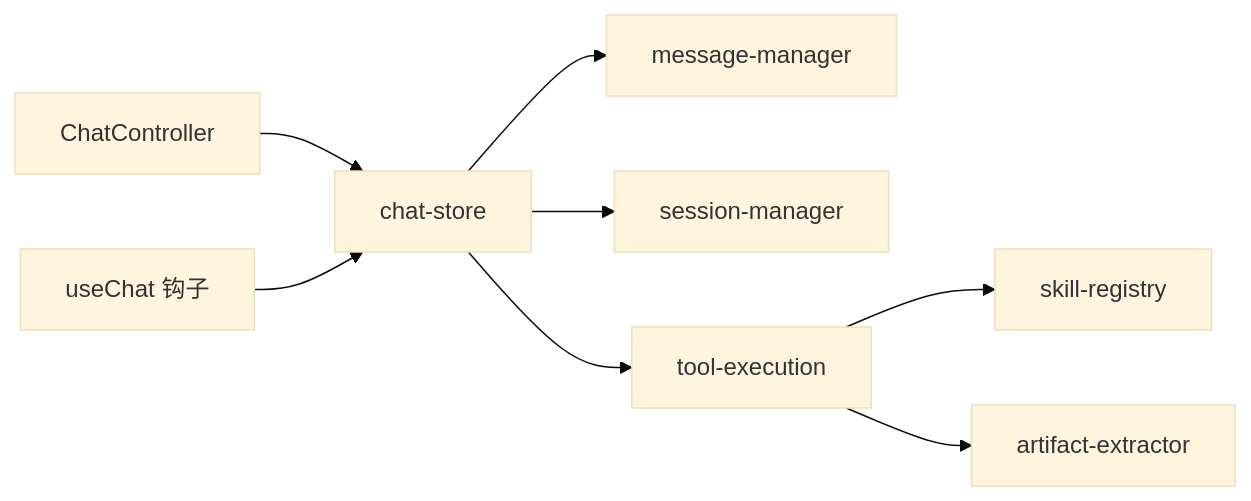
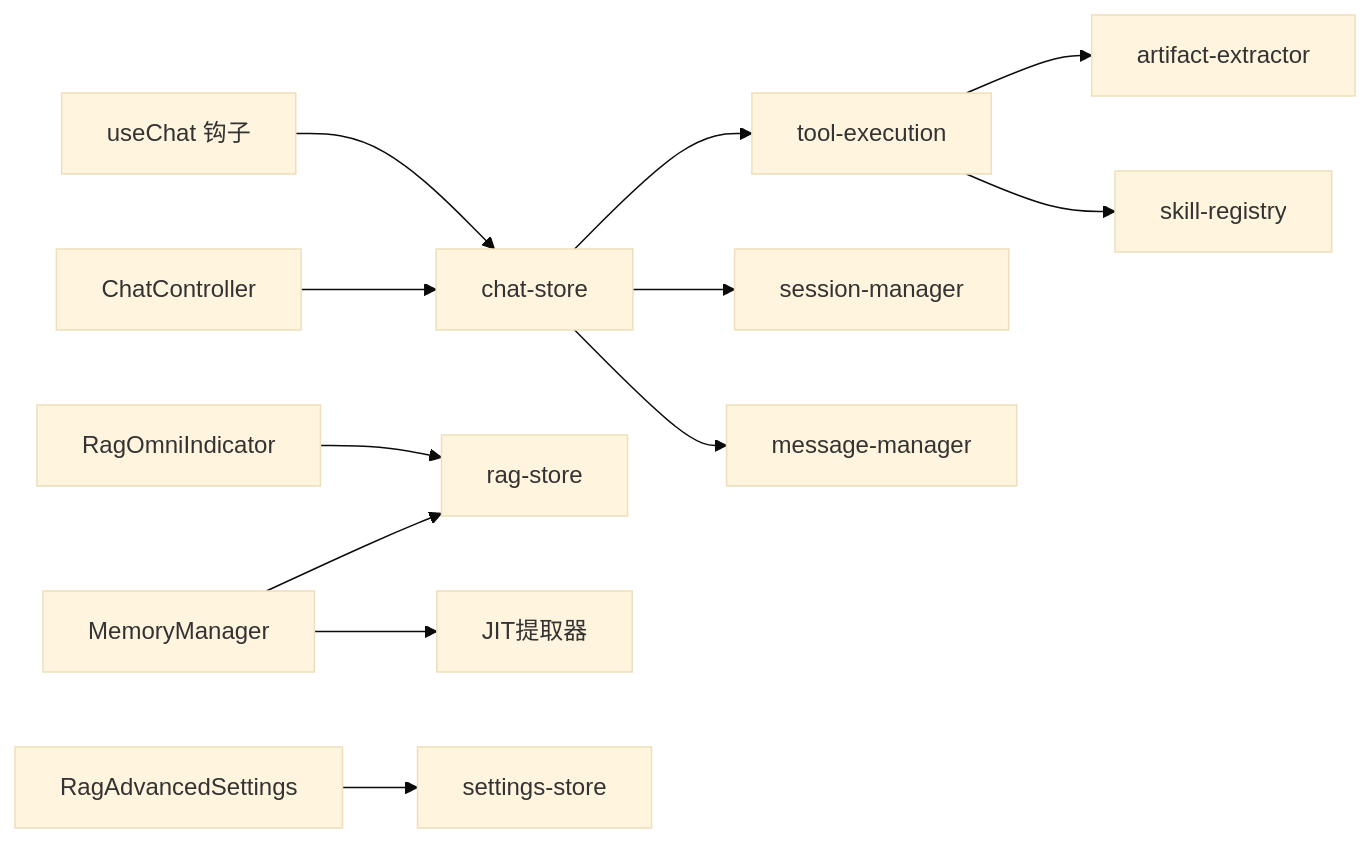
One commit to NarcisWL/Nexara changed diagram 11 of 11 in .qoder/repowiki/zh/content/聊天系统详解/聊天系统详解.md. Above: the diagram before and after it, drawn with Mermaid (base theme). The commit also changed other lines of this file and 6 other files, not shown here.

````diff
--- a/.qoder/repowiki/zh/content/聊天系统详解/聊天系统详解.md
+++ b/.qoder/repowiki/zh/content/聊天系统详解/聊天系统详解.md
@@ -338,10 +468,14 @@
 ```mermaid
 graph LR
 ChatController["ChatController"] --> ChatStore["chat-store"]
 ChatStore --> MsgMgr["message-manager"]
 ChatStore --> SessMgr["session-manager"]
 ChatStore --> ToolExec["tool-execution"]
 ToolExec --> SkillReg["skill-registry"]
 ToolExec --> ArtifactExt["artifact-extractor"]
 FE_Hook["useChat 钩子"] --> ChatStore
+RagOmniIndicator["RagOmniIndicator"] --> RagStore["rag-store"]
+RagAdvancedSettings["RagAdvancedSettings"] --> SettingsStore["settings-store"]
+MemoryManager["MemoryManager"] --> JIT["JIT提取器"]
+MemoryManager --> RagStore
 ```
````
